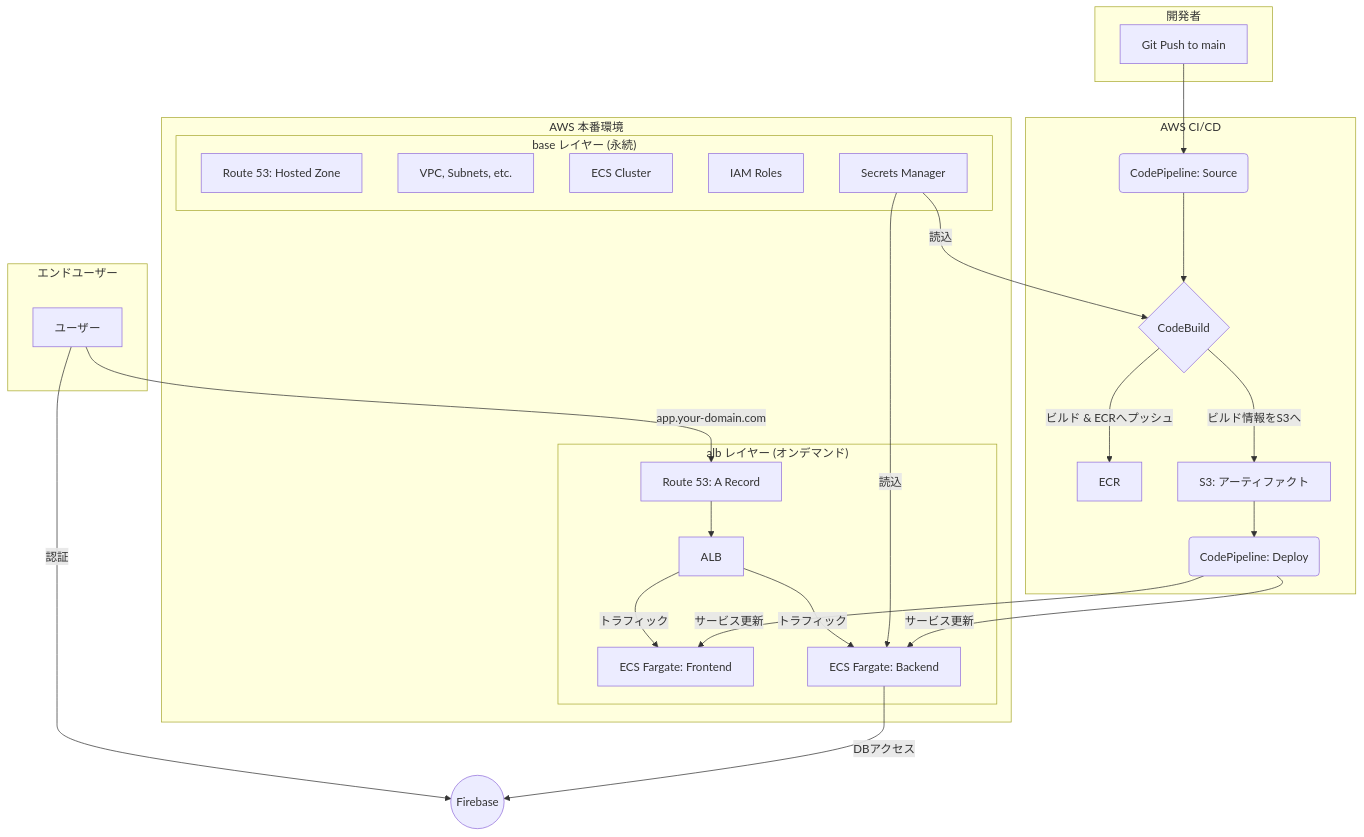
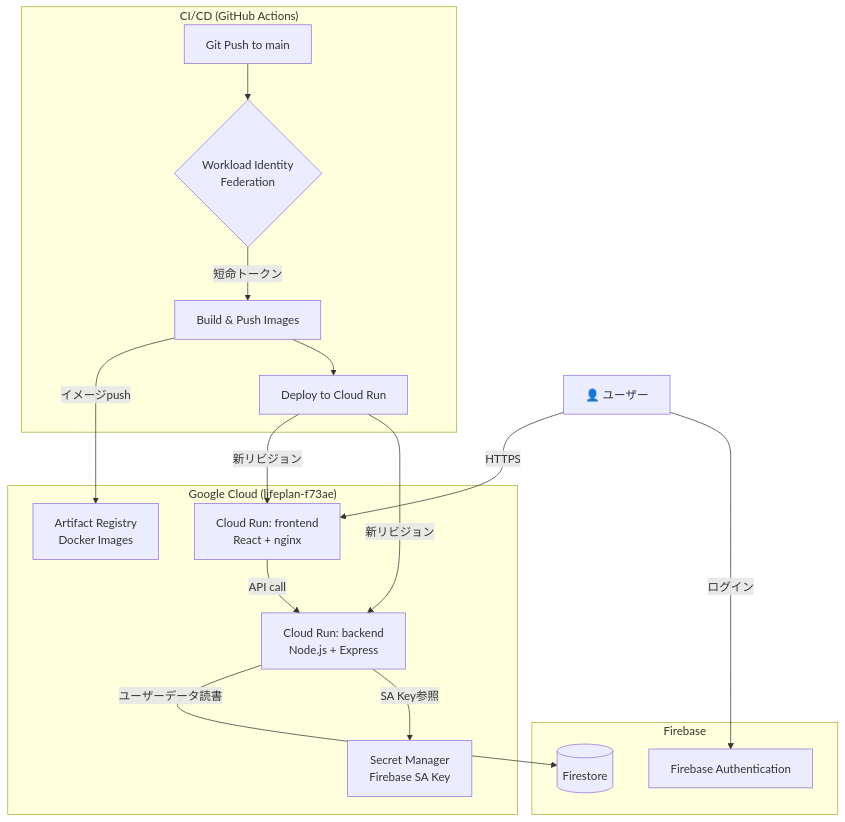
The diagram in README.md (kaz-mathui/LifePlan), drawn with Mermaid before and after one commit. The commit also changed other lines of this file and 1 other file, not shown here.

First line of the commit message:
docs: アーキテクチャ章を Cloud Run + WIF 構成に更新、解説スライド追加

````diff
--- a/README.md
+++ b/README.md
@@ -26,43 +33,36 @@
 ```mermaid
 graph TD
-    subgraph "開発者"
-        A[Git Push to main]
+    User[👤 ユーザー]
+
+    subgraph "Google Cloud (lifeplan-f73ae)"
+        FE[Cloud Run: frontend<br/>React + nginx]
+        BE[Cloud Run: backend<br/>Node.js + Express]
+        SM[Secret Manager<br/>Firebase SA Key]
+        AR[Artifact Registry<br/>Docker Images]
     end
 
-    subgraph "AWS CI/CD"
-        A --> B(CodePipeline: Source)
-        B --> C{CodeBuild}
-        C -- ビルド & ECRへプッシュ --> D[ECR]
-        C -- ビルド情報をS3へ --> E[S3: アーティファクト]
-        E --> F(CodePipeline: Deploy)
+    subgraph "Firebase"
+        Auth[Firebase Authentication]
+        FS[(Firestore)]
     end
 
-    subgraph "AWS 本番環境"
-        subgraph "base レイヤー (永続)"
-            D
-            J[Route 53: Hosted Zone]
-            L[VPC, Subnets, etc.]
-            M[ECS Cluster]
-            N[IAM Roles]
-            O[Secrets Manager]
-        end
-
-        subgraph "alb レイヤー (オンデマンド)"
-            G[ALB]
-            H[ECS Fargate: Frontend]
-            I[ECS Fargate: Backend]
-            K[Route 53: A Record]
-        end
-        F -- サービス更新 --> H & I
-        O -- 読込 --> C & I
-    end
-    
-    subgraph "エンドユーザー"
-        P[ユーザー]
+    subgraph "CI/CD (GitHub Actions)"
+        Push[Git Push to main]
+        WIF{Workload Identity<br/>Federation}
+        Build[Build & Push Images]
+        Deploy[Deploy to Cloud Run]
     end
 
-    P -- app.your-domain.com --> K --> G
-    G -- トラフィック --> H & I
-    I -- DBアクセス --> Q((Firebase))
-    P -- 認証 --> Q
+    User -- HTTPS --> FE
+    FE -- API call --> BE
+    BE -- ユーザーデータ読書 --> FS
+    BE -- SA Key参照 --> SM
+    User -- ログイン --> Auth
+
+    Push --> WIF
+    WIF -- 短命トークン --> Build
+    Build -- イメージpush --> AR
+    Build --> Deploy
+    Deploy -- 新リビジョン --> FE
+    Deploy -- 新リビジョン --> BE
 ```
````
